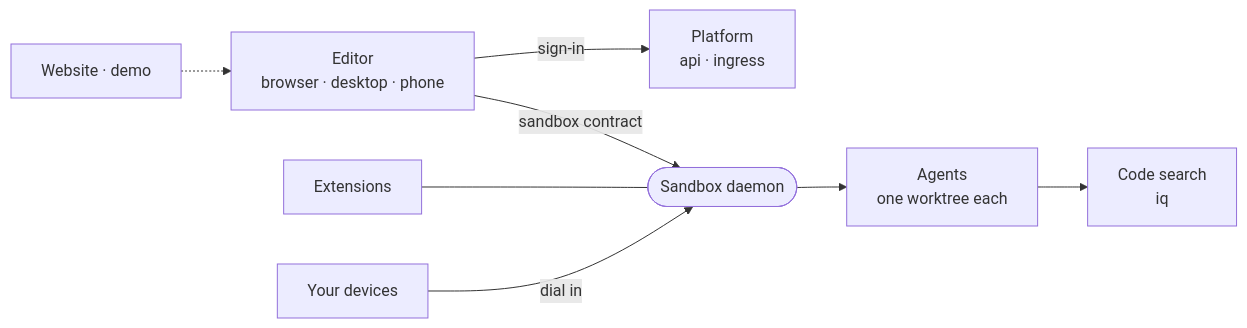
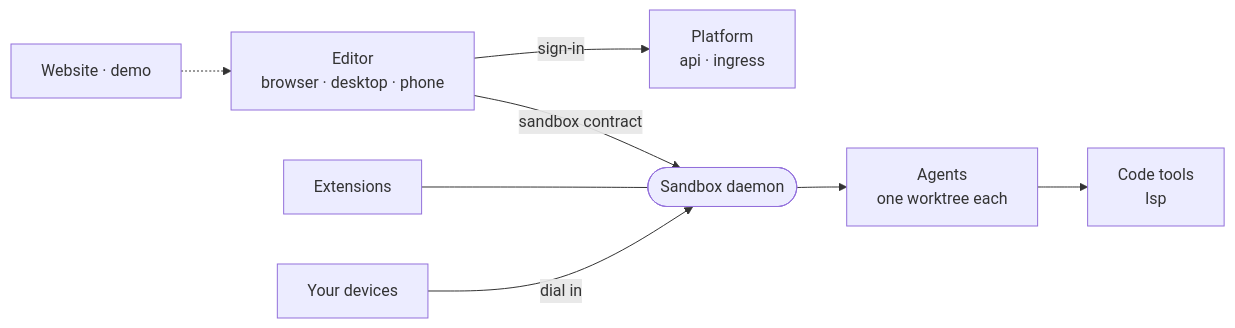
The diagram in ARCHITECTURE.md (intentic/intentic), drawn with Mermaid before and after one commit. The commit also changed 560 other files, not shown here.

````diff
--- a/ARCHITECTURE.md
+++ b/ARCHITECTURE.md
@@ -5,10 +5,10 @@
 ```mermaid
 flowchart LR
     editor["Editor<br/>browser · desktop · phone"] -->|"sign-in"| platform["Platform<br/>api · ingress"]
     editor -->|"sandbox contract"| daemon(["Sandbox daemon"])
     daemon --> agents["Agents<br/>one worktree each"]
     extensions["Extensions"] --- daemon
     devices["Your devices"] -->|"dial in"| daemon
-    agents --> search["Code search<br/>iq"]
+    agents --> search["Code tools<br/>lsp"]
     site["Website · demo"] -.-> editor
 ```
````
